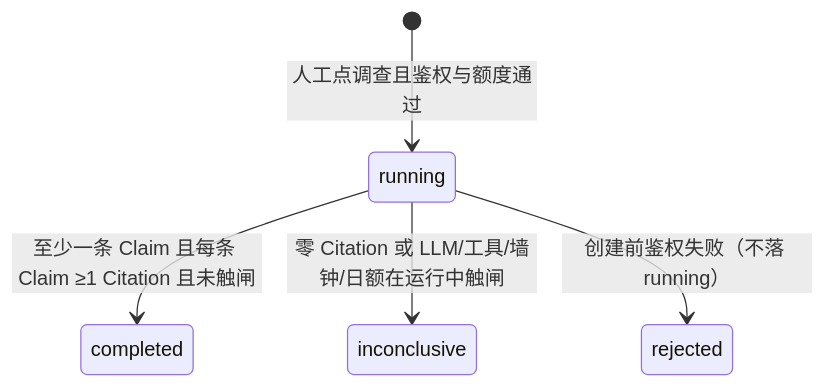
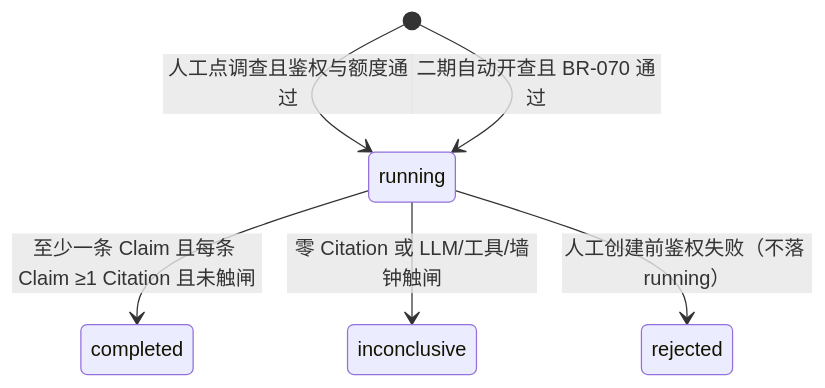
The tenth of 12 diagrams in docs/03_problem_modeling/business_model.md (Mylifeforrent/huntai-sre), drawn with Mermaid before and after one commit. The commit also changed other lines of this file and 2 other files, not shown here.

````diff
--- a/docs/03_problem_modeling/business_model.md
+++ b/docs/03_problem_modeling/business_model.md
@@ -245,7 +339,8 @@
 ```mermaid
 stateDiagram-v2
   [*] --> running: 人工点调查且鉴权与额度通过
+  [*] --> running: 二期自动开查且 BR-070 通过
   running --> completed: 至少一条 Claim 且每条 Claim ≥1 Citation 且未触闸
-  running --> inconclusive: 零 Citation 或 LLM/工具/墙钟/日额在运行中触闸
-  running --> rejected: 创建前鉴权失败（不落 running）
+  running --> inconclusive: 零 Citation 或 LLM/工具/墙钟触闸
+  running --> rejected: 人工创建前鉴权失败（不落 running）
 ```
````
